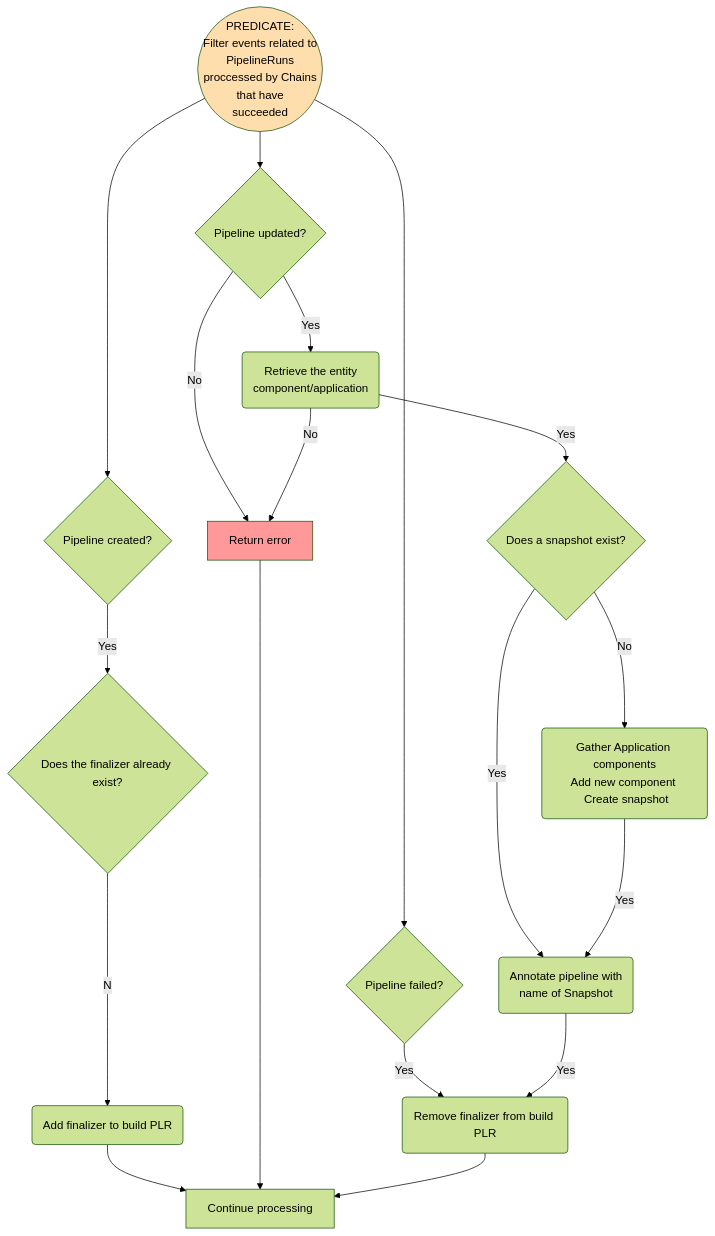
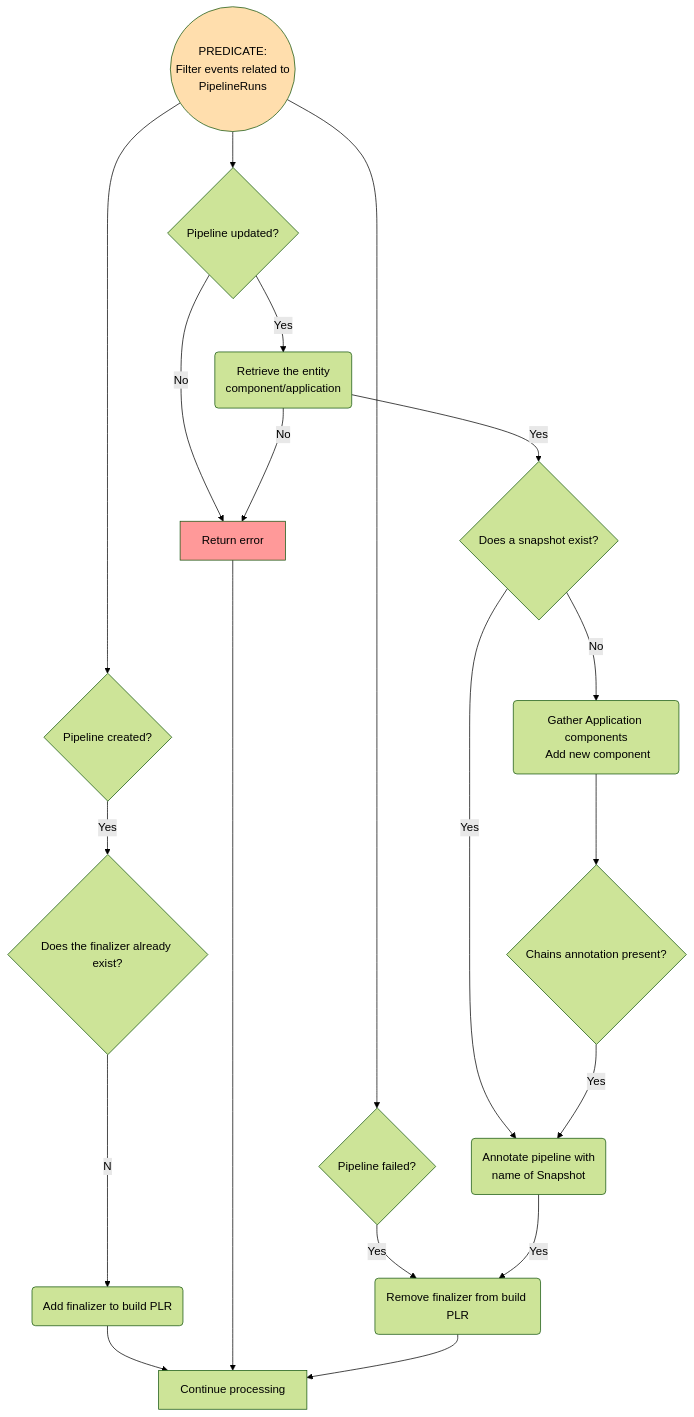
Before and after one commit to konflux-ci/integration-service: the diagram in docs/build_pipeline_controller.md, drawn with Mermaid. The commit also changed 2 other files, not shown here.

Commit message:
feat(STONEINTG-862): accidental snapshot creation when chains incomplete
Checks that pipelinerun has an annotation verifying it has been
processed by chains.

````diff
--- a/docs/build_pipeline_controller.md
+++ b/docs/build_pipeline_controller.md
@@ -3,48 +3,50 @@
 ```mermaid
 
 %%{init: {'theme':'forest'}}%%
 flowchart TD
 %% Defining the styles
   classDef Red fill:#FF9999;
   classDef Amber fill:#FFDEAD;
   classDef Green fill:#BDFFA4;
 
   %% Node definitions
-predicate((PREDICATE: <br> Filter events related to <br> PipelineRuns <br> proccessed by Chains <br> that have <br> succeeded))
+predicate((PREDICATE: <br> Filter events related to <br> PipelineRuns))
 new_pipeline_run{Pipeline created?}
 get_pipeline_run{Pipeline updated?}
 failed_pipeline_run{Pipeline failed?}
 finalizer_exists{Does the finalizer already exist?}
 retrieve_associated_entity(Retrieve the entity <br> component/application)
 determine_snapshot{Does a snapshot exist?}
-create_snapshot(Gather Application components<br> Add new component  <br> Create snapshot)
+prep_snapshot(Gather Application components<br> Add new component)
+check_chains{Chains annotation present?}
 annotate_pipelineRun(Annotate pipeline with <br> name of Snapshot)
 add_finalizer(Add finalizer to build PLR)
 remove_finalizer(Remove finalizer from build PLR)
 error[Return error]
 continue[Continue processing]
 
 %% Node connections
 predicate                        --> get_pipeline_run
 predicate                       -->  new_pipeline_run
 predicate                       -->  failed_pipeline_run
 new_pipeline_run           --Yes-->  finalizer_exists
 finalizer_exists           --No-->   add_finalizer
 add_finalizer                    --> continue
-failed_pipeline_run           --Yes --> remove_finalizer
+failed_pipeline_run        --Yes --> remove_finalizer
 get_pipeline_run           --Yes --> retrieve_associated_entity
 get_pipeline_run           --No  --> error
 retrieve_associated_entity --No  --> error
 error                            --> continue
 retrieve_associated_entity --Yes --> determine_snapshot
 determine_snapshot         --Yes --> annotate_pipelineRun
-determine_snapshot         --No  --> create_snapshot
-create_snapshot            --Yes --> annotate_pipelineRun
+determine_snapshot         --No  --> prep_snapshot
+prep_snapshot                    --> check_chains
+check_chains               --Yes --> annotate_pipelineRun
 annotate_pipelineRun       --Yes --> remove_finalizer
 remove_finalizer                 --> continue
 
 %% Assigning styles to nodes
 class predicate Amber;
 class error Red;
 
   ```
````
